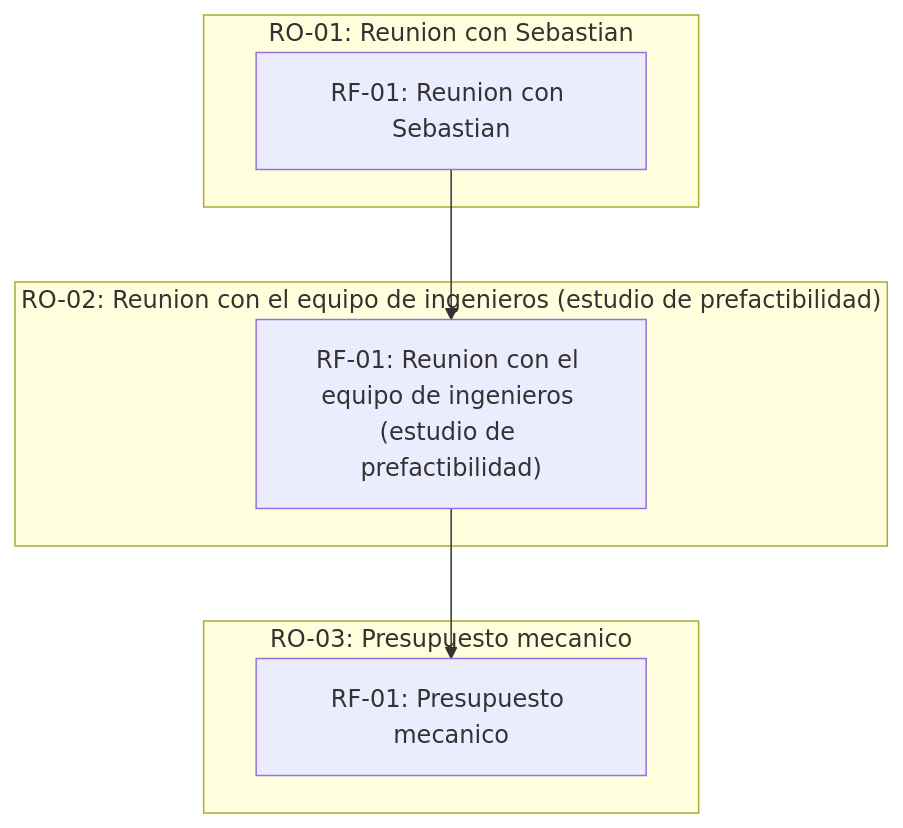
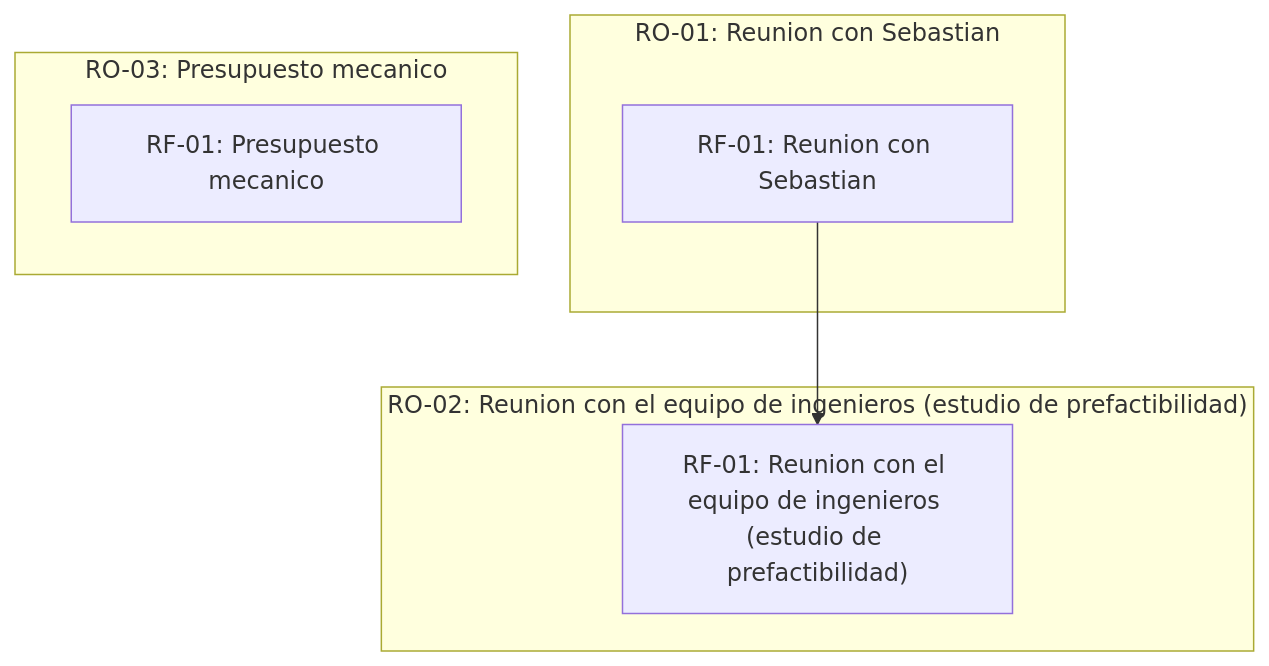
The diagram in scrumDocs/grafo.md (fiemcasals/ProyectoVAD), drawn with Mermaid before and after one commit. The commit also changed other lines of this file, not shown here.

````diff
--- a/scrumDocs/grafo.md
+++ b/scrumDocs/grafo.md
@@ -5,14 +5,13 @@
 ```mermaid
 graph TD
   subgraph US_1789213601492["RO-01: Reunion con Sebastian"]
     REQ_1789213601498["RF-01: Reunion con Sebastian"]
   end
   subgraph US_1789213867397["RO-02: Reunion con el equipo de ingenieros (estudio de prefactibilidad)"]
     REQ_1789213867404["RF-01: Reunion con el equipo de ingenieros (estudio de prefactibilidad)"]
   end
   subgraph US_1789214807204["RO-03: Presupuesto mecanico"]
     REQ_1789214807210["RF-01: Presupuesto mecanico"]
   end
   REQ_1789213601498 --> REQ_1789213867404
-  REQ_1789213867404 --> REQ_1789214807210
 ```
````
